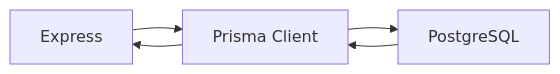
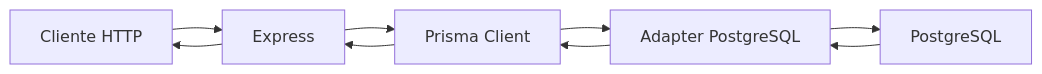
The first of 2 diagrams in docs/dia25.md (jordicido/reto35diasAPI), drawn with Mermaid before and after one commit. The commit also changed other lines of this file and 1 other file, not shown here.

````diff
--- a/docs/dia25.md
+++ b/docs/dia25.md
@@ -100,7 +230,11 @@
 ```mermaid
 flowchart LR
-    A[Express] --> B[Prisma Client]
-    B --> C[PostgreSQL]
+    A[Cliente HTTP] --> B[Express]
+    B --> C[Prisma Client]
+    C --> D[Adapter PostgreSQL]
+    D --> E[PostgreSQL]
+    E --> D
+    D --> C
     C --> B
     B --> A
 ```
````
